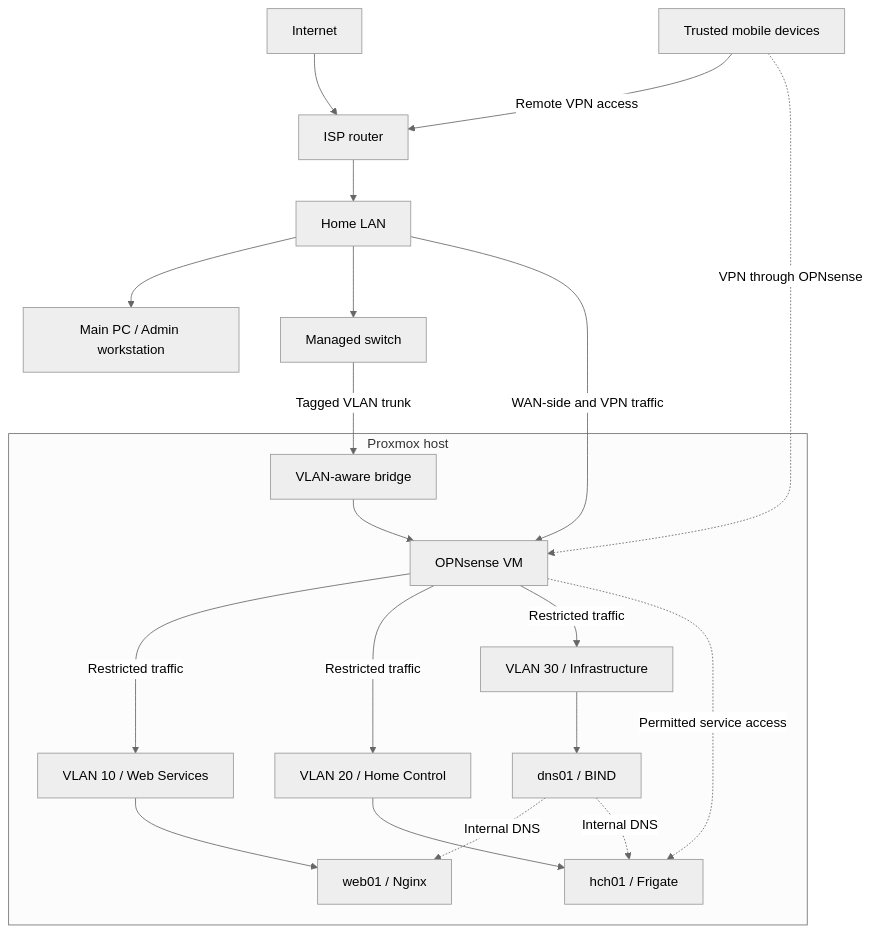
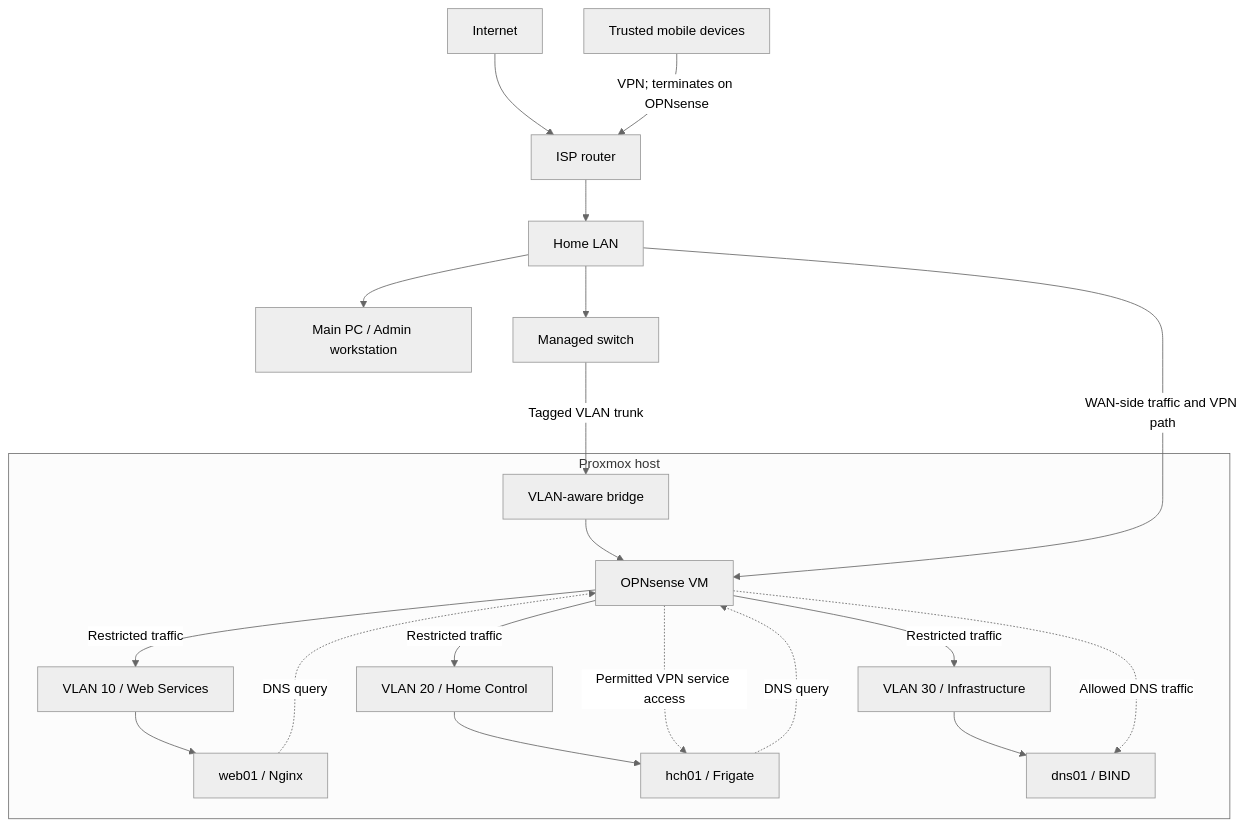
One commit to repo-sudo/infrastructure-portfolio changed the diagram in docs/network-topology.md. Above: the diagram before and after it, drawn with Mermaid (neutral theme). The commit also changed other lines of this file, not shown here.

Commit message:
Clarify VPN and DNS paths through OPNsense

````diff
--- a/docs/network-topology.md
+++ b/docs/network-topology.md
@@ -5,34 +5,34 @@
 ```mermaid
 flowchart TB
     internet["Internet"] --> router["ISP router"]
-    mobile["Trusted mobile devices"] -->|Remote VPN access| router
+    mobile["Trusted mobile devices"] -->|VPN; terminates on OPNsense| router
     router --> home["Home LAN"]
     home --> pc["Main PC / Admin workstation"]
     home --> switch["Managed switch"]
 
     subgraph proxmox["Proxmox host"]
         bridge["VLAN-aware bridge"]
         firewall["OPNsense VM"]
         v10["VLAN 10 / Web Services"]
         v20["VLAN 20 / Home Control"]
         v30["VLAN 30 / Infrastructure"]
         web["web01 / Nginx"]
         hch["hch01 / Frigate"]
         dns["dns01 / BIND"]
 
         bridge --> firewall
         firewall -->|Restricted traffic| v10
         firewall -->|Restricted traffic| v20
         firewall -->|Restricted traffic| v30
         v10 --> web
         v20 --> hch
         v30 --> dns
     end
 
     switch -->|Tagged VLAN trunk| bridge
-    home -->|WAN-side and VPN traffic| firewall
-    mobile -.->|VPN through OPNsense| firewall
-    firewall -.->|Permitted service access| hch
-    dns -.->|Internal DNS| web
-    dns -.->|Internal DNS| hch
+    home -->|WAN-side traffic and VPN path| firewall
+    firewall -.->|Permitted VPN service access| hch
+    web -.->|DNS query| firewall
+    hch -.->|DNS query| firewall
+    firewall -.->|Allowed DNS traffic| dns
 ```
````
